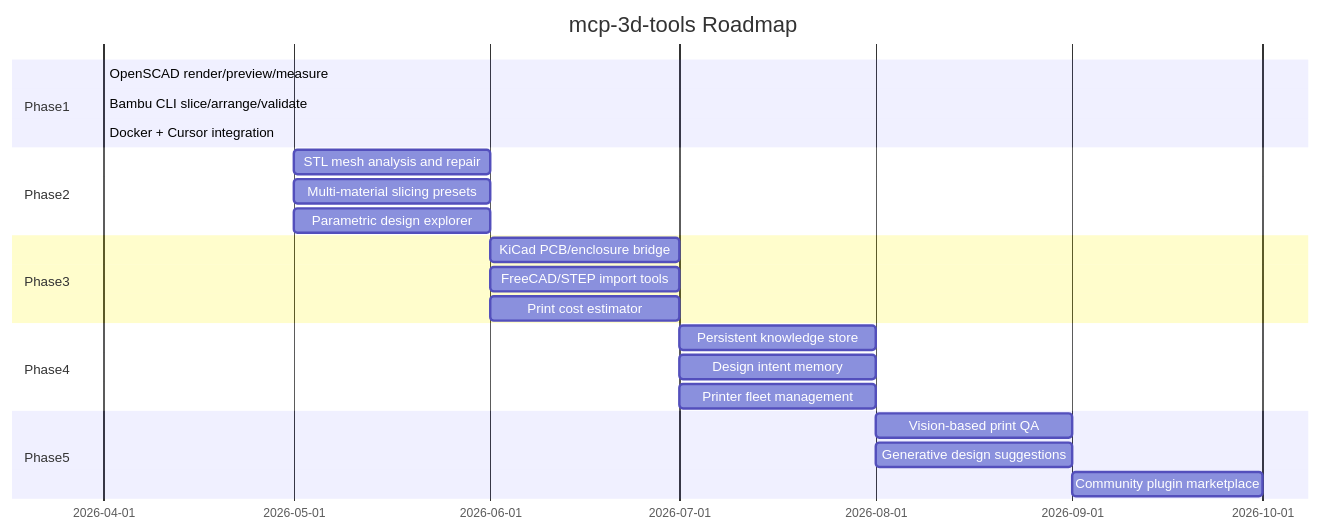
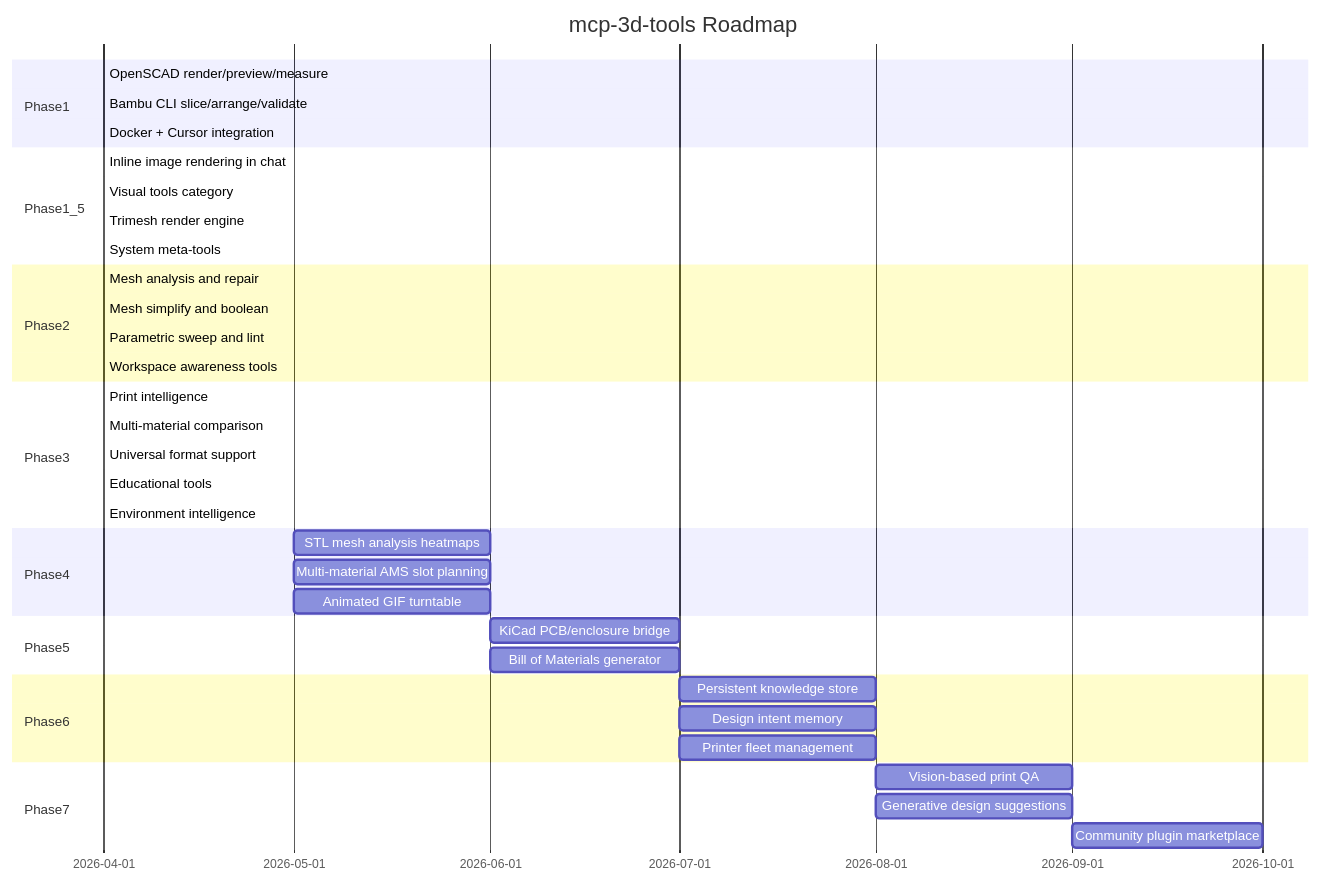
One commit to devaclark/mcp-3d-tools changed the diagram in docs/ROADMAP.md. Above: the diagram before and after it, drawn with Mermaid. The commit also changed other lines of this file and 28 other files, not shown here.

````diff
--- a/docs/ROADMAP.md
+++ b/docs/ROADMAP.md
@@ -5,25 +5,40 @@
 ```mermaid
 gantt
   title mcp-3d-tools Roadmap
   dateFormat YYYY-MM
   section Phase1
     OpenSCAD render/preview/measure    :done, p1a, 2026-04, 2026-04
     Bambu CLI slice/arrange/validate   :done, p1b, 2026-04, 2026-04
     Docker + Cursor integration        :done, p1c, 2026-04, 2026-04
+  section Phase1_5
+    Inline image rendering in chat     :done, p15a, 2026-04, 2026-04
+    Visual tools category              :done, p15b, 2026-04, 2026-04
+    Trimesh render engine              :done, p15c, 2026-04, 2026-04
+    System meta-tools                  :done, p15d, 2026-04, 2026-04
   section Phase2
-    STL mesh analysis and repair       :p2a, 2026-05, 2026-06
-    Multi-material slicing presets     :p2b, 2026-05, 2026-06
-    Parametric design explorer         :p2c, 2026-05, 2026-06
+    Mesh analysis and repair           :done, p2a, 2026-04, 2026-04
+    Mesh simplify and boolean          :done, p2b, 2026-04, 2026-04
+    Parametric sweep and lint          :done, p2c, 2026-04, 2026-04
+    Workspace awareness tools          :done, p2d, 2026-04, 2026-04
   section Phase3
-    KiCad PCB/enclosure bridge         :p3a, 2026-06, 2026-07
-    FreeCAD/STEP import tools          :p3b, 2026-06, 2026-07
-    Print cost estimator               :p3c, 2026-06, 2026-07
+    Print intelligence                 :done, p3a, 2026-04, 2026-04
+    Multi-material comparison          :done, p3b, 2026-04, 2026-04
+    Universal format support           :done, p3c, 2026-04, 2026-04
+    Educational tools                  :done, p3d, 2026-04, 2026-04
+    Environment intelligence           :done, p3e, 2026-04, 2026-04
   section Phase4
-    Persistent knowledge store         :p4a, 2026-07, 2026-08
-    Design intent memory               :p4b, 2026-07, 2026-08
-    Printer fleet management           :p4c, 2026-07, 2026-08
+    STL mesh analysis heatmaps         :p4a, 2026-05, 2026-06
+    Multi-material AMS slot planning   :p4b, 2026-05, 2026-06
+    Animated GIF turntable             :p4c, 2026-05, 2026-06
   section Phase5
-    Vision-based print QA              :p5a, 2026-08, 2026-09
-    Generative design suggestions      :p5b, 2026-08, 2026-09
-    Community plugin marketplace       :p5c, 2026-09, 2026-10
+    KiCad PCB/enclosure bridge         :p5a, 2026-06, 2026-07
+    Bill of Materials generator        :p5b, 2026-06, 2026-07
+  section Phase6
+    Persistent knowledge store         :p6a, 2026-07, 2026-08
+    Design intent memory               :p6b, 2026-07, 2026-08
+    Printer fleet management           :p6c, 2026-07, 2026-08
+  section Phase7
+    Vision-based print QA              :p7a, 2026-08, 2026-09
+    Generative design suggestions      :p7b, 2026-08, 2026-09
+    Community plugin marketplace       :p7c, 2026-09, 2026-10
 ```
````
